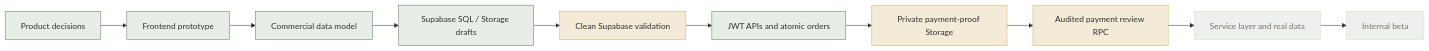
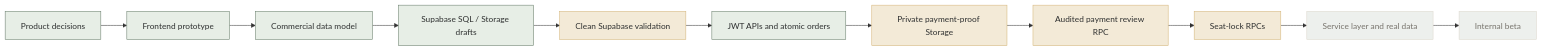
The first of 4 diagrams in docs/project-architecture-brief-v0.1.md (moirakk/GatherUp), drawn with Mermaid before and after one commit. The commit also changed other lines of this file and 6 other files, not shown here.

Commit message:
Add seat lock RPC contracts

````diff
--- a/docs/project-architecture-brief-v0.1.md
+++ b/docs/project-architecture-brief-v0.1.md
@@ -26,27 +27,29 @@
 ```mermaid
 flowchart LR
   A["Product decisions"] --> B["Frontend prototype"]
   B --> C["Commercial data model"]
   C --> D["Supabase SQL / Storage drafts"]
   D --> E["Clean Supabase validation"]
   E --> F["JWT APIs and atomic orders"]
   F --> H["Private payment-proof Storage"]
   H --> J["Audited payment review RPC"]
-  J --> I["Service layer and real data"]
+  J --> K["Seat-lock RPCs"]
+  K --> I["Service layer and real data"]
   I --> G["Internal beta"]
 
   A:::done
   B:::done
   C:::done
   D:::done
   E:::doing
   F:::done
   H:::doing
   J:::doing
+  K:::doing
   I:::todo
   G:::todo
 
   classDef done fill:#e7eee6,stroke:#667b69,color:#2d2f2f;
   classDef doing fill:#f3ead7,stroke:#d4b477,color:#2d2f2f;
   classDef todo fill:#edf0ed,stroke:#ddd8ce,color:#77736c;
 ```
````
